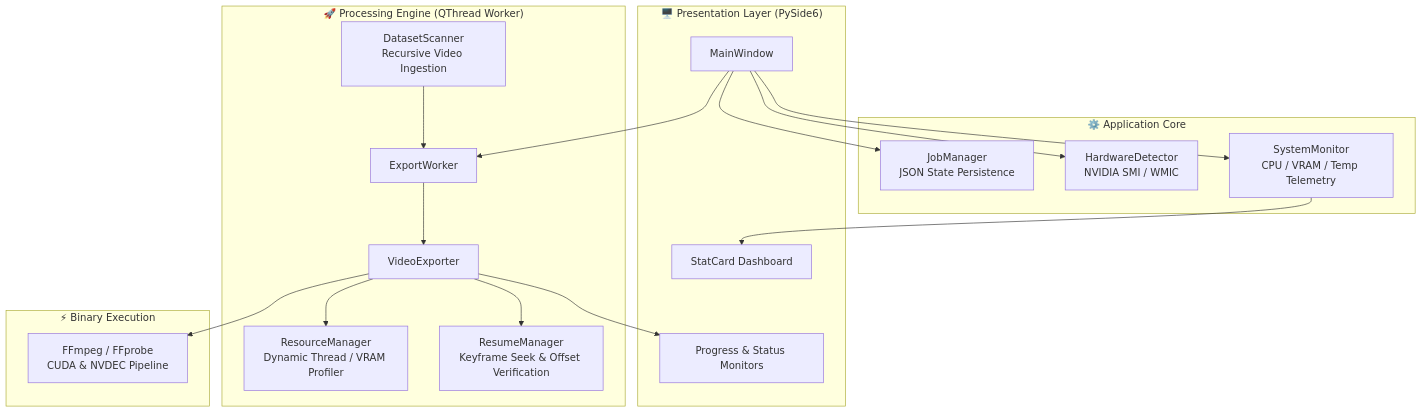
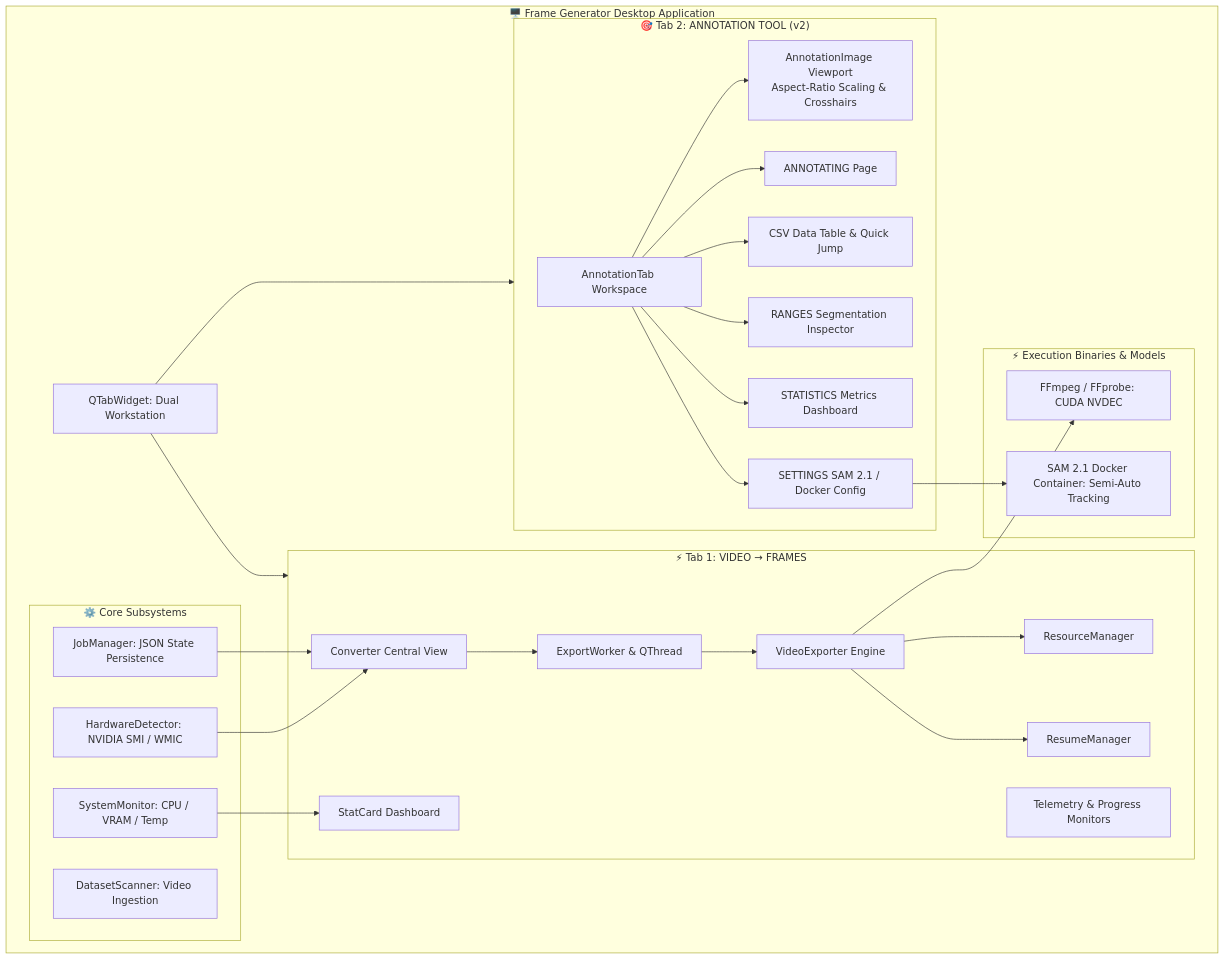
The diagram in README.md (Ayan-Crafts/Frame-Generator), drawn with Mermaid before and after one commit. The commit also changed other lines of this file and 1 other file, not shown here.

````diff
--- a/README.md
+++ b/README.md
@@ -59,38 +78,53 @@
 ```mermaid
 flowchart TD
-    subgraph UI["🖥️ Presentation Layer (PySide6)"]
-        MW[MainWindow]
-        SC[StatCard Dashboard]
-        PRG[Progress & Status Monitors]
+    subgraph App["🖥️ Frame Generator Desktop Application"]
+        Tabs[QTabWidget: Dual Workstation]
+        
+        subgraph Tab1["⚡ Tab 1: VIDEO → FRAMES"]
+            MW[Converter Central View]
+            SC[StatCard Dashboard]
+            PRG[Telemetry & Progress Monitors]
+            EW[ExportWorker & QThread]
+            VE[VideoExporter Engine]
+            RM[ResourceManager]
+            RS[ResumeManager]
+        end
+
+        subgraph Tab2["🎯 Tab 2: ANNOTATION TOOL (v2)"]
+            AT[AnnotationTab Workspace]
+            AI[AnnotationImage Viewport\nAspect-Ratio Scaling & Crosshairs]
+            AP[ANNOTATING Page]
+            CP[CSV Data Table & Quick Jump]
+            RP[RANGES Segmentation Inspector]
+            SP[STATISTICS Metrics Dashboard]
+            ST[SETTINGS SAM 2.1 / Docker Config]
+        end
+
+        subgraph Core["⚙️ Core Subsystems"]
+            HD[HardwareDetector: NVIDIA SMI / WMIC]
+            SM[SystemMonitor: CPU / VRAM / Temp]
+            JM[JobManager: JSON State Persistence]
+            DS[DatasetScanner: Video Ingestion]
+        end
+
+        subgraph Ext["⚡ Execution Binaries & Models"]
+            FFMPEG[FFmpeg / FFprobe: CUDA NVDEC]
+            SAM[SAM 2.1 Docker Container: Semi-Auto Tracking]
+        end
     end
 
-    subgraph Core["⚙️ Application Core"]
-        JM[JobManager\nJSON State Persistence]
-        HD[HardwareDetector\nNVIDIA SMI / WMIC]
-        SM[SystemMonitor\nCPU / VRAM / Temp Telemetry]
-    end
-
-    subgraph Processing["🚀 Processing Engine (QThread Worker)"]
-        EW[ExportWorker]
-        VE[VideoExporter]
-        RM[ResourceManager\nDynamic Thread / VRAM Profiler]
-        RS[ResumeManager\nKeyframe Seek & Offset Verification]
-        DS[DatasetScanner\nRecursive Video Ingestion]
-    end
-
-    subgraph Binaries["⚡ Binary Execution"]
-        FFMPEG[FFmpeg / FFprobe\nCUDA & NVDEC Pipeline]
-    end
-
-    MW --> EW
-    MW --> HD
-    MW --> SM
-    MW --> JM
-    EW --> VE
+    Tabs --> Tab1
+    Tabs --> Tab2
+    MW --> EW --> VE --> FFMPEG
     VE --> RM
     VE --> RS
-    VE --> FFMPEG
-    DS --> EW
+    AT --> AI
+    AT --> AP
+    AT --> CP
+    AT --> RP
+    AT --> SP
+    AT --> ST --> SAM
+    HD --> MW
     SM --> SC
-    VE --> PRG
+    JM --> MW
 ```
````
